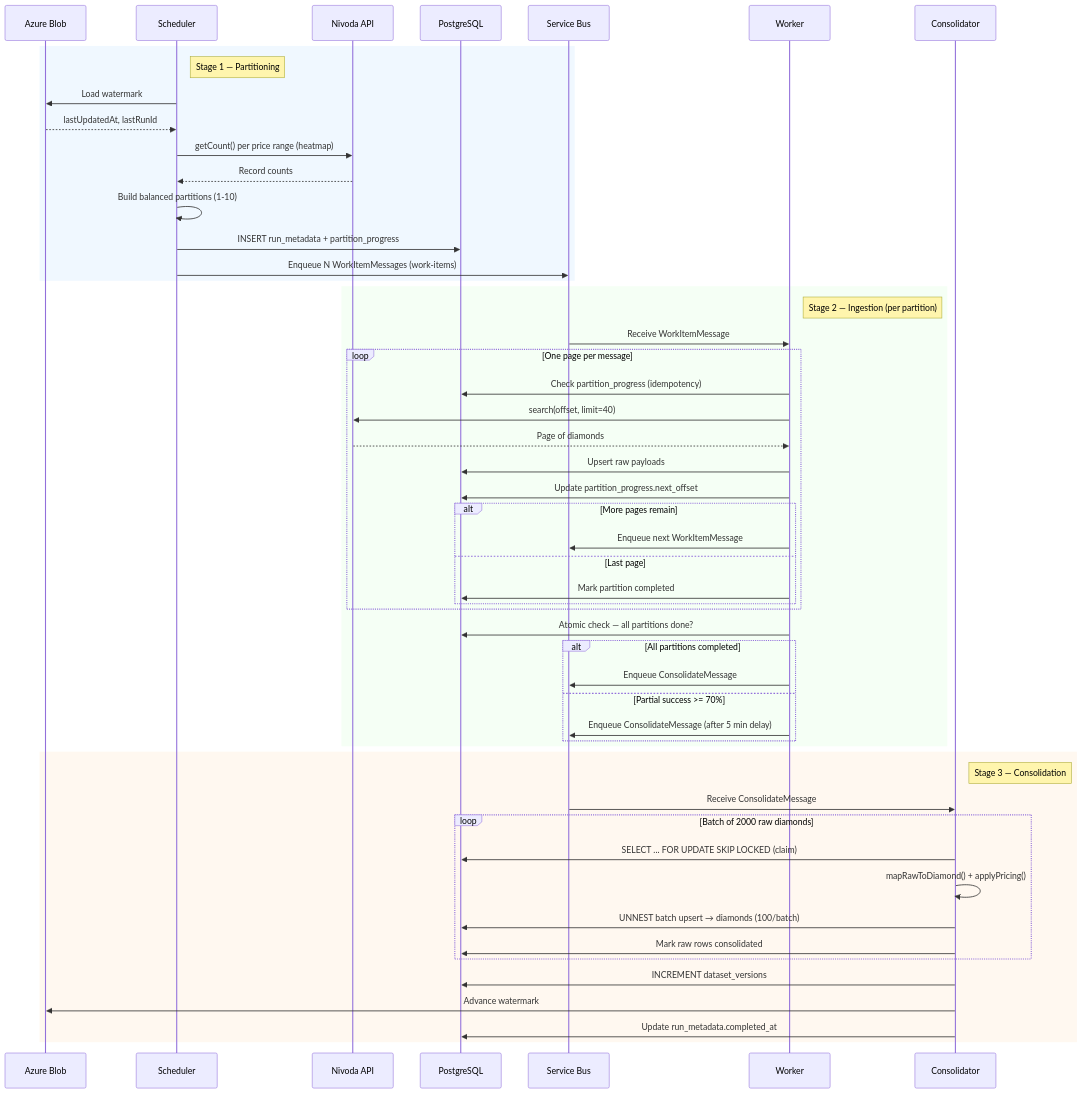
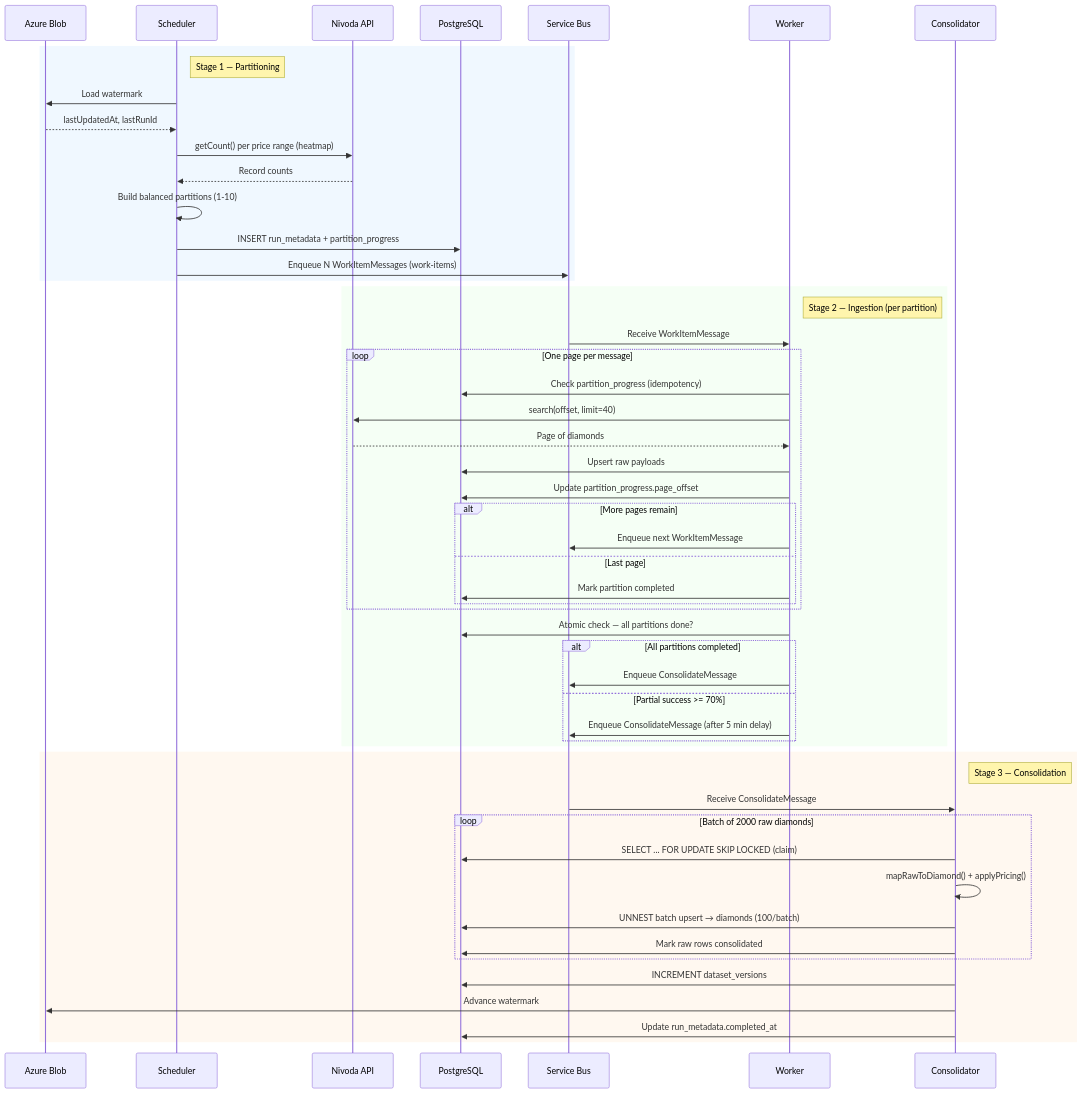
Before and after one commit to shaunnez/diamond-opus: the third of 3 diagrams in docs/ARCHITECTURE_DIAGRAMS.md, drawn with Mermaid. The commit also changed other lines of this file, not shown here.

Commit message:
docs: fix Mermaid ER parse error - rename next_offset to page_offset
`next` is a reserved keyword in Mermaid's grammar; using it as a column
name prefix caused a parse error in the ER diagram. Renamed to
page_offset (display-only label; actual DB column is next_offset).

https://claude.ai/code/session_01NhwtKSZ5YXEPoh7j53Jts1

````diff
--- a/docs/ARCHITECTURE_DIAGRAMS.md
+++ b/docs/ARCHITECTURE_DIAGRAMS.md
@@ -342,67 +342,67 @@
 ```mermaid
 sequenceDiagram
     participant Blob as Azure Blob
     participant Sched as Scheduler
     participant Nivoda as Nivoda API
     participant PG as PostgreSQL
     participant SB as Service Bus
     participant Worker as Worker
     participant Consol as Consolidator
 
     rect rgb(240, 248, 255)
     note right of Sched: Stage 1 — Partitioning
     Sched->>Blob: Load watermark
     Blob-->>Sched: lastUpdatedAt, lastRunId
 
     Sched->>Nivoda: getCount() per price range (heatmap)
     Nivoda-->>Sched: Record counts
 
     Sched->>Sched: Build balanced partitions (1-10)
 
     Sched->>PG: INSERT run_metadata + partition_progress
     Sched->>SB: Enqueue N WorkItemMessages (work-items)
     end
 
     rect rgb(245, 255, 245)
     note right of Worker: Stage 2 — Ingestion (per partition)
     SB->>Worker: Receive WorkItemMessage
 
     loop One page per message
         Worker->>PG: Check partition_progress (idempotency)
         Worker->>Nivoda: search(offset, limit=40)
         Nivoda-->>Worker: Page of diamonds
         Worker->>PG: Upsert raw payloads
-        Worker->>PG: Update partition_progress.next_offset
+        Worker->>PG: Update partition_progress.page_offset
 
         alt More pages remain
             Worker->>SB: Enqueue next WorkItemMessage
         else Last page
             Worker->>PG: Mark partition completed
         end
     end
 
     Worker->>PG: Atomic check — all partitions done?
 
     alt All partitions completed
         Worker->>SB: Enqueue ConsolidateMessage
     else Partial success >= 70%
         Worker->>SB: Enqueue ConsolidateMessage (after 5 min delay)
     end
     end
 
     rect rgb(255, 248, 240)
     note right of Consol: Stage 3 — Consolidation
     SB->>Consol: Receive ConsolidateMessage
 
     loop Batch of 2000 raw diamonds
         Consol->>PG: SELECT ... FOR UPDATE SKIP LOCKED (claim)
         Consol->>Consol: mapRawToDiamond() + applyPricing()
         Consol->>PG: UNNEST batch upsert → diamonds (100/batch)
         Consol->>PG: Mark raw rows consolidated
     end
 
     Consol->>PG: INCREMENT dataset_versions
     Consol->>Blob: Advance watermark
     Consol->>PG: Update run_metadata.completed_at
     end
 ```
````
